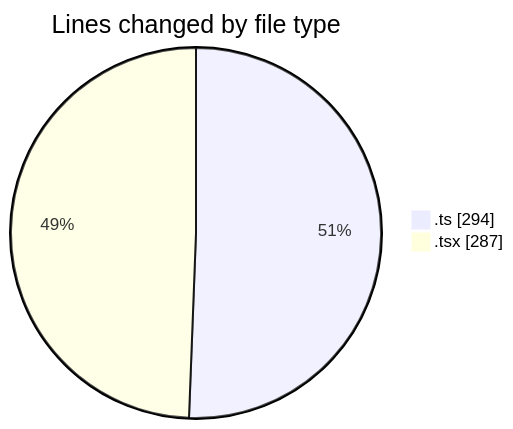
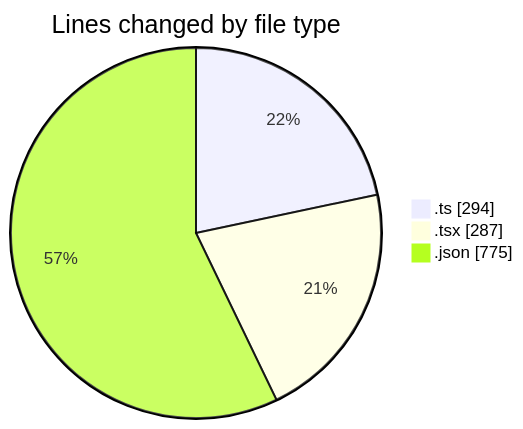
The first of 2 diagrams in 2025-11-13/eventscop-frontend-guide__workspace_/README.md (julien-gomy/code-tracking), drawn with Mermaid before and after one commit. The commit also changed other lines of this file and 1 other file, not shown here.

````diff
--- a/2025-11-13/eventscop-frontend-guide__workspace_/README.md
+++ b/2025-11-13/eventscop-frontend-guide__workspace_/README.md
@@ -24,6 +25,7 @@
 ```mermaid
 pie showData
 title Lines changed by file type
 ".ts" : 294
 ".tsx" : 287
+".json" : 775
 ```
````
